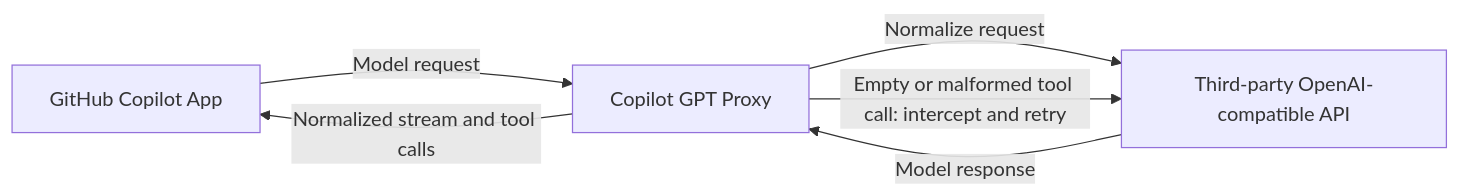
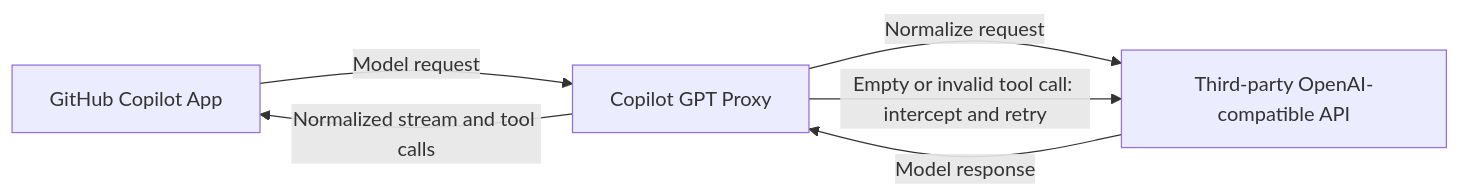
Before and after one commit to Angela459/copilot-gpt-proxy: the diagram in README.en.md, drawn with Mermaid. The commit also changed other lines of this file and 11 other files, not shown here.

````diff
--- a/README.en.md
+++ b/README.en.md
@@ -23,8 +29,8 @@
 ```mermaid
 flowchart LR
     A["GitHub Copilot App"] -->|"Model request"| B["Copilot GPT Proxy"]
     B -->|"Normalize request"| C["Third-party OpenAI-compatible API"]
     C -->|"Model response"| B
-    B -->|"Empty or malformed tool call: intercept and retry"| C
+    B -->|"Empty or invalid tool call: intercept and retry"| C
     B -->|"Normalized stream and tool calls"| A
 ```
````
